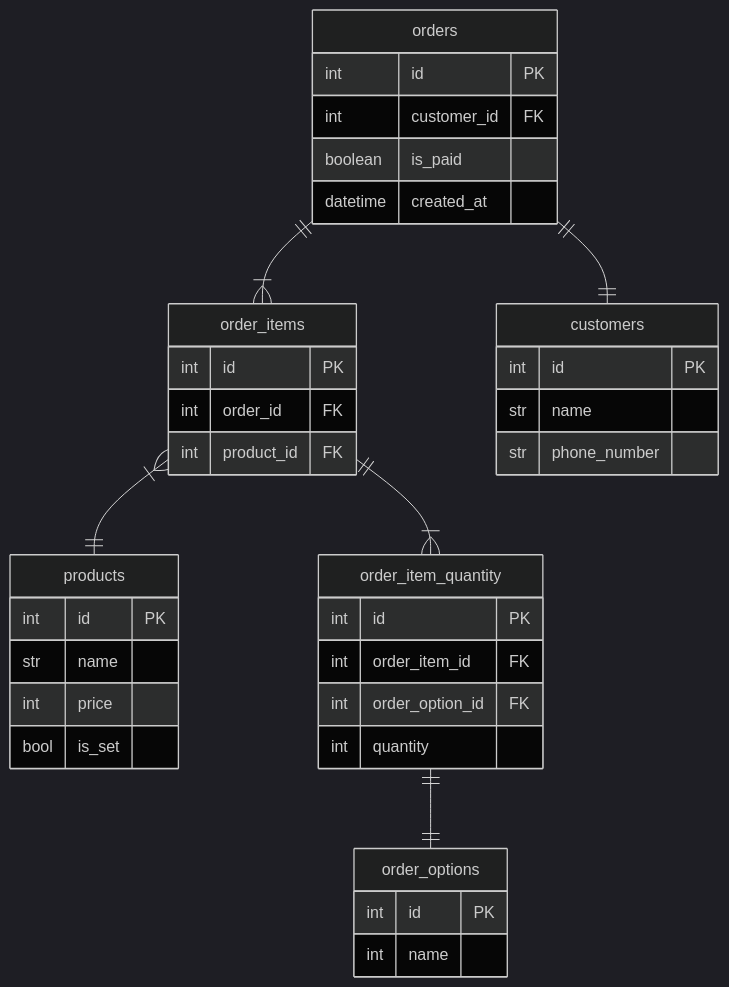
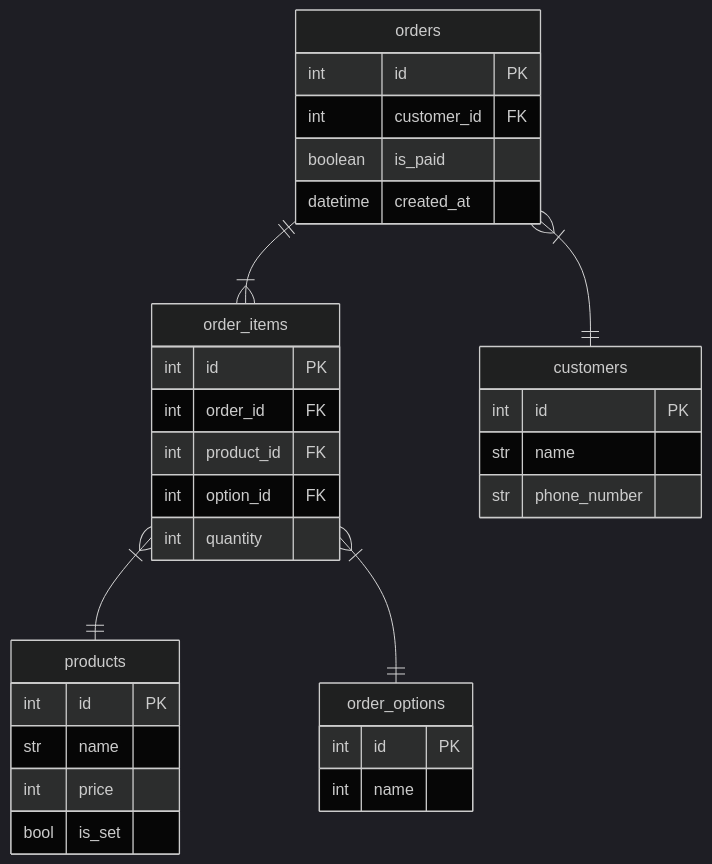
Before and after one commit to praha-kmishima/praha: the third of 3 diagrams in db_modeling_1/subject2/課題.md, drawn with Mermaid (dark theme). The commit also changed 5 other files, not shown here.

````diff
--- a/db_modeling_1/subject2/課題.md
+++ b/db_modeling_1/subject2/課題.md
@@ -119,47 +119,42 @@
 ```mermaid
 erDiagram
 
 orders ||--|{ order_items: ""
-orders ||--|| customers: ""
+orders }|--|| customers: ""
 order_items }|--|| products: ""
-order_items ||--|{ order_item_quantity: ""
-order_item_quantity ||--|| order_options: ""
+order_items }|--|| order_options: ""
 
 orders {
     int id PK
     int customer_id FK
     boolean is_paid
     datetime created_at
 }
 
 order_items {
   int id PK
   int order_id FK
   int product_id FK
+  int option_id FK
+  int quantity
 }
 
-order_item_quantity {
-  int id PK
-  int order_item_id FK
-  int order_option_id FK
-  int quantity
-}
 
 order_options {
   int id PK
   int name
 }
 
 customers {
     int id PK
     str name
     str phone_number
 }
 
 products {
     int id PK
     str name
     int price
     bool is_set
 }
 ```
````
